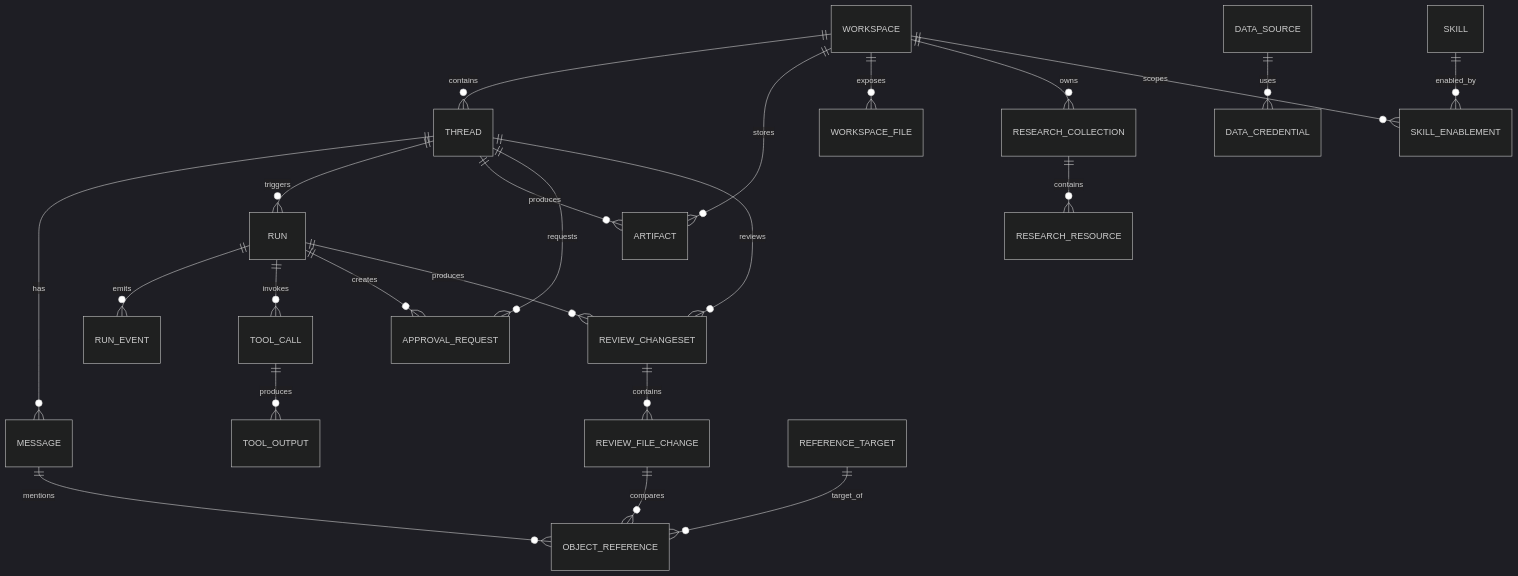
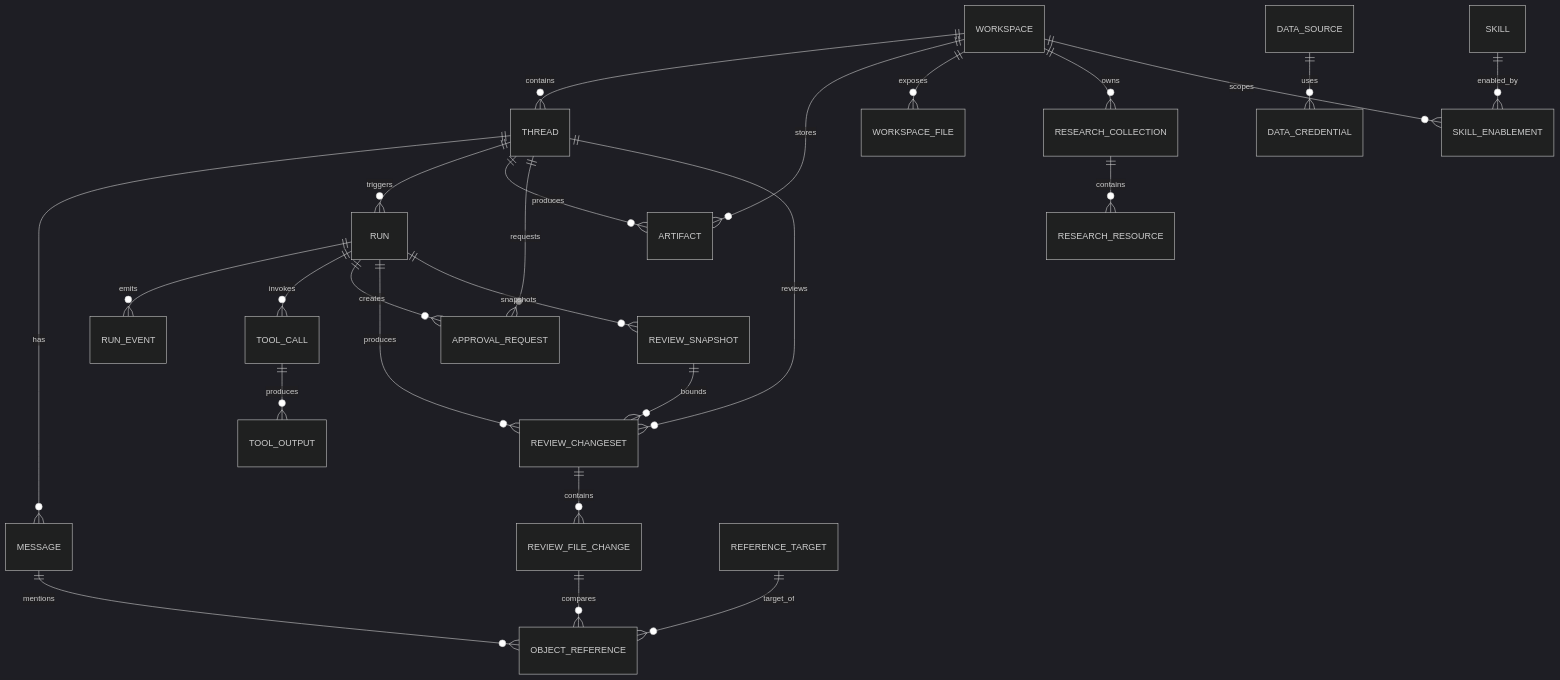
One commit to futuregene/future-os changed the diagram in gui/ER.md. Above: the diagram before and after it, drawn with Mermaid (dark theme). The commit also changed other lines of this file and 9 other files, not shown here.

First line of the commit message:
docs(gui): fold shadow review design/plan into PRODUCT.md and ER.md

````diff
--- a/gui/ER.md
+++ b/gui/ER.md
@@ -21,31 +21,33 @@
 ```mermaid
 erDiagram
     WORKSPACE ||--o{ THREAD : contains
     WORKSPACE ||--o{ ARTIFACT : stores
     WORKSPACE ||--o{ WORKSPACE_FILE : exposes
     WORKSPACE ||--o{ RESEARCH_COLLECTION : owns
 
     THREAD ||--o{ MESSAGE : has
     THREAD ||--o{ RUN : triggers
     THREAD ||--o{ ARTIFACT : produces
     THREAD ||--o{ APPROVAL_REQUEST : requests
     THREAD ||--o{ REVIEW_CHANGESET : reviews
 
     RUN ||--o{ RUN_EVENT : emits
     RUN ||--o{ TOOL_CALL : invokes
     RUN ||--o{ APPROVAL_REQUEST : creates
     RUN ||--o{ REVIEW_CHANGESET : produces
+    RUN ||--o{ REVIEW_SNAPSHOT : snapshots
     TOOL_CALL ||--o{ TOOL_OUTPUT : produces
 
     REVIEW_CHANGESET ||--o{ REVIEW_FILE_CHANGE : contains
+    REVIEW_SNAPSHOT ||--o{ REVIEW_CHANGESET : bounds
 
     RESEARCH_COLLECTION ||--o{ RESEARCH_RESOURCE : contains
 
     DATA_SOURCE ||--o{ DATA_CREDENTIAL : uses
     SKILL ||--o{ SKILL_ENABLEMENT : enabled_by
     WORKSPACE ||--o{ SKILL_ENABLEMENT : scopes
 
     REFERENCE_TARGET ||--o{ OBJECT_REFERENCE : target_of
     MESSAGE ||--o{ OBJECT_REFERENCE : mentions
     REVIEW_FILE_CHANGE ||--o{ OBJECT_REFERENCE : compares
 ```
````
